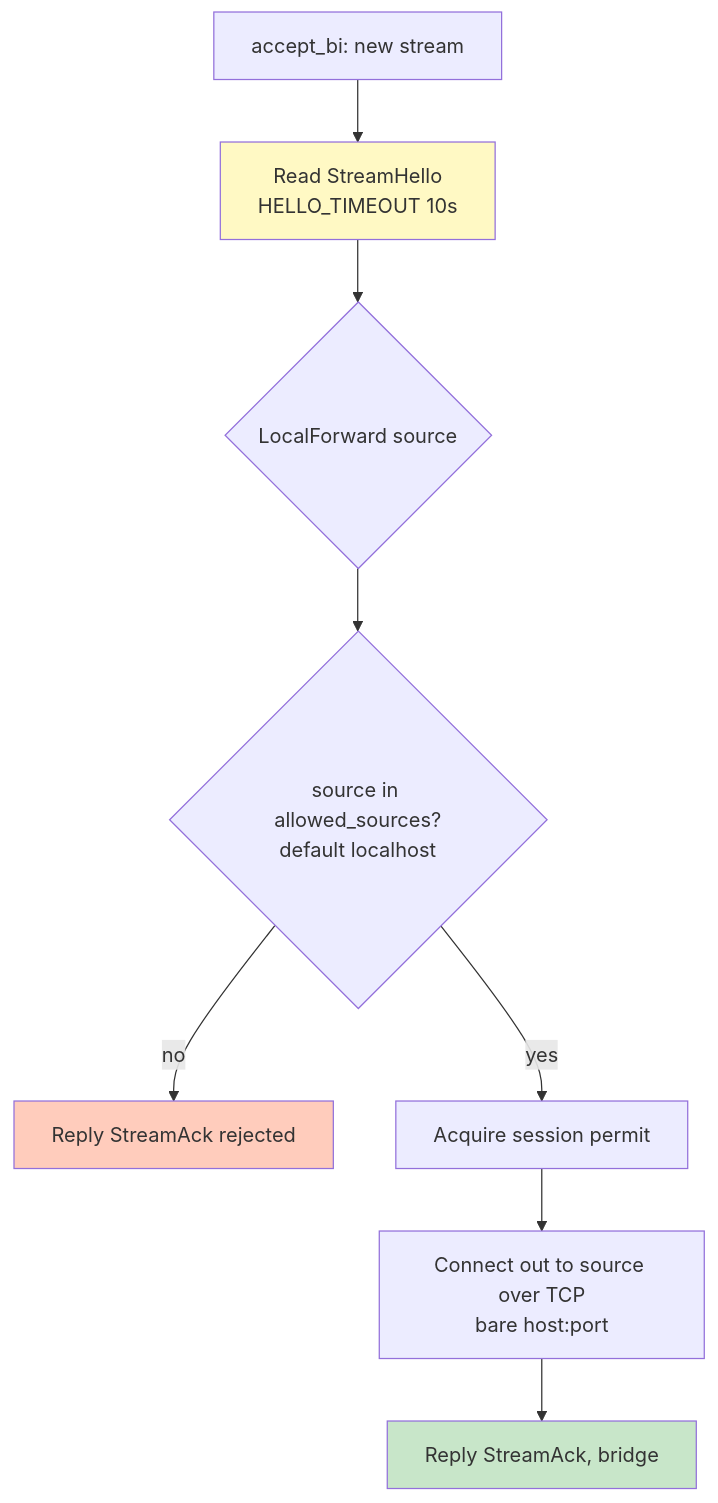
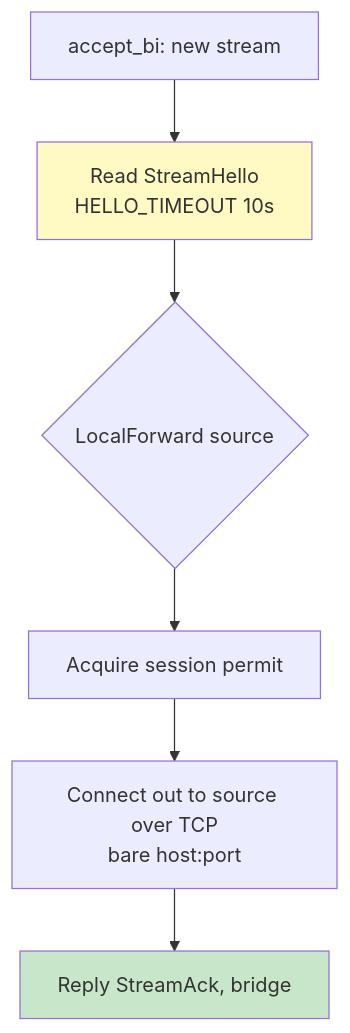
The seventh of 21 diagrams in docs/ARCHITECTURE.md (andrewtheguy/duopipe), drawn with Mermaid before and after one commit. The commit also changed other lines of this file and 12 other files, not shown here.

````diff
--- a/docs/ARCHITECTURE.md
+++ b/docs/ARCHITECTURE.md
@@ -258,15 +256,12 @@
 ```mermaid
 graph TB
     A[accept_bi: new stream] --> B[Read StreamHello<br/>HELLO_TIMEOUT 10s]
     B --> C{LocalForward source}
 
-    C --> S{source in allowed_sources?<br/>default localhost}
-    S -->|no| R[Reply StreamAck rejected]
-    S -->|yes| D[Acquire session permit]
+    C --> D[Acquire session permit]
     D --> E[Connect out to source over TCP<br/>bare host:port]
     E --> F[Reply StreamAck, bridge]
 
     style B fill:#FFF9C4
     style F fill:#C8E6C9
-    style R fill:#FFCCBC
 ```
````
